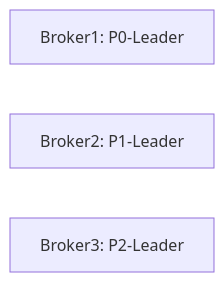
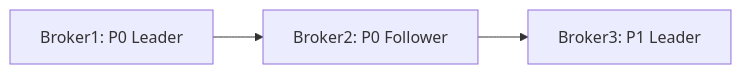
The second of 11 diagrams in _posts/kafka/2026-05-01-kafka-fundamentals.md (yjkim2015/yjkim2015.github.io), drawn with Mermaid before and after one commit. The commit also changed other lines of this file and 5 other files, not shown here.

````diff
--- a/_posts/kafka/2026-05-01-kafka-fundamentals.md
+++ b/_posts/kafka/2026-05-01-kafka-fundamentals.md
@@ -57,6 +75,5 @@
 ```mermaid
 graph LR
-    B1["Broker1: P0-Leader"]
-    B2["Broker2: P1-Leader"]
-    B3["Broker3: P2-Leader"]
+    B1["Broker1: P0 Leader"] --> B2["Broker2: P0 Follower"]
+    B2 --> B3["Broker3: P1 Leader"]
 ```
````
